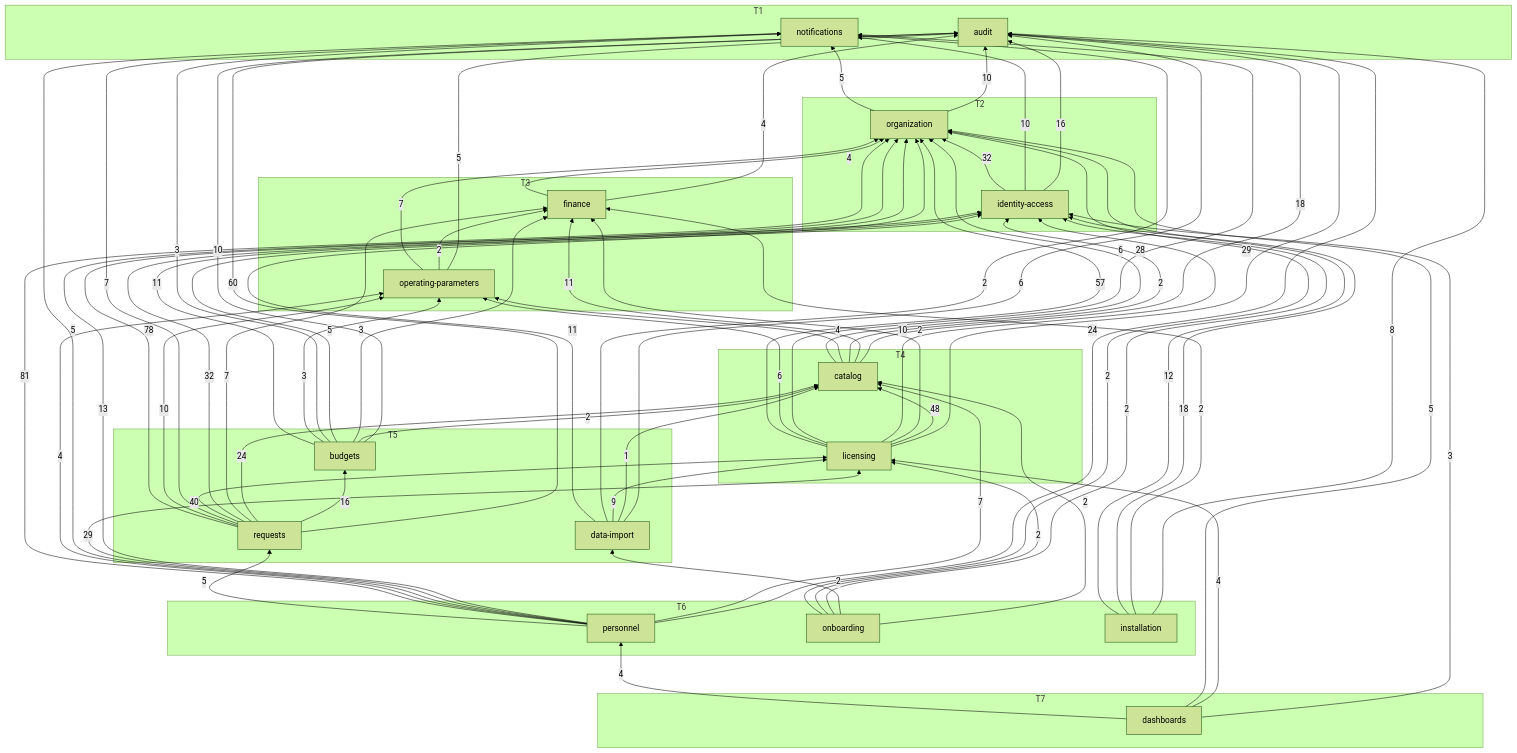
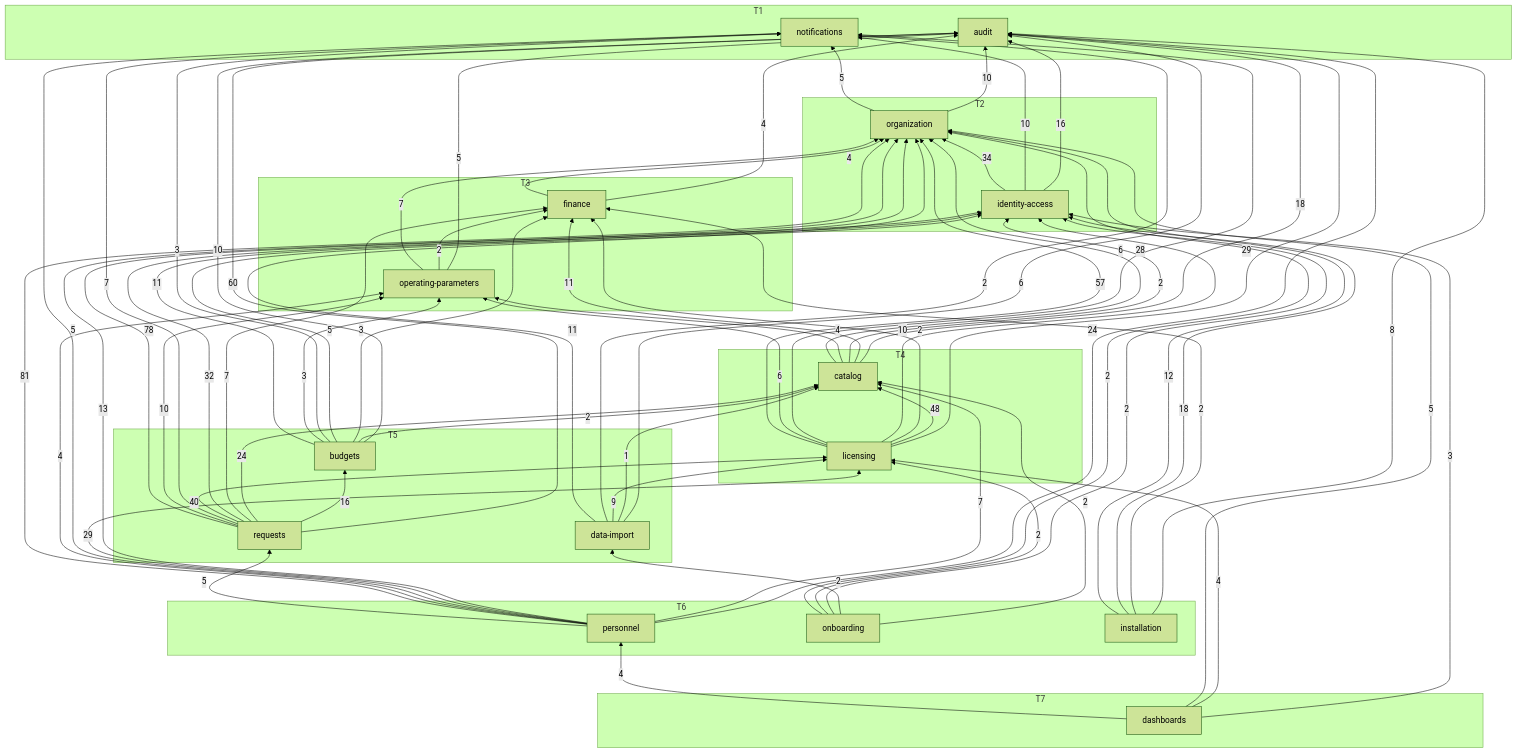
The diagram in docs/generated/module-graph.md (WDP301-FA26-GR8/BE), drawn with Mermaid (forest theme) before and after one commit. The commit also changed 63 other files, not shown here.

```diff
--- a/docs/generated/module-graph.md
+++ b/docs/generated/module-graph.md
@@ -59,7 +59,7 @@
   finance -->|4| organization
   identity_access -->|16| audit
   identity_access -->|10| notifications
-  identity_access -->|32| organization
+  identity_access -->|34| organization
   installation -->|8| audit
   installation -->|2| finance
   installation -->|18| identity_access
```
